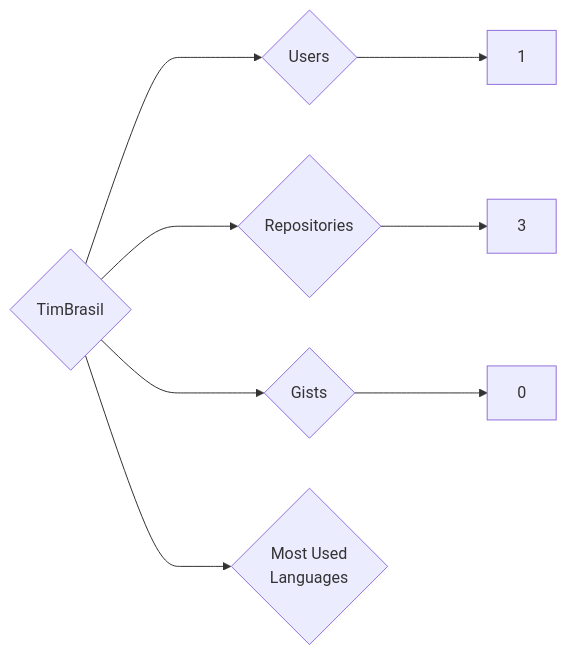
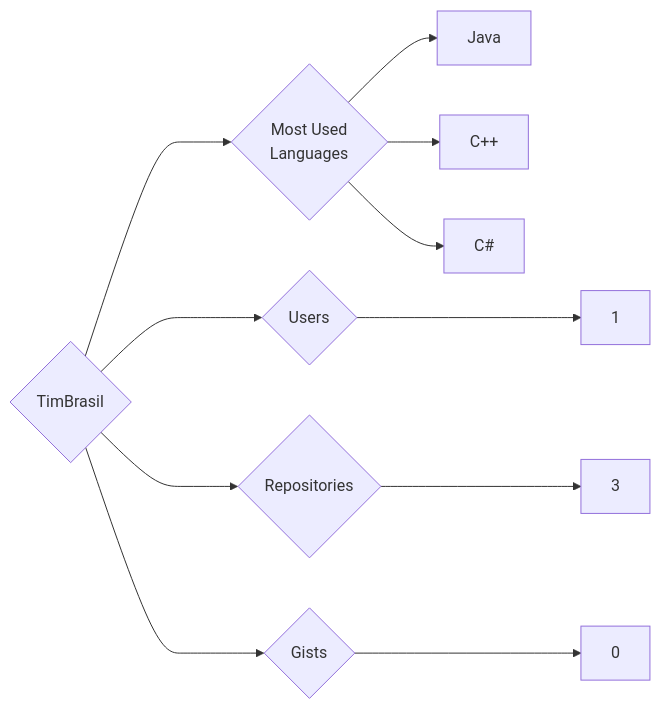
One commit to trickest/insiders changed the diagram in targets/TimBrasil/README.md. Above: the diagram before and after it, drawn with Mermaid. The commit also changed 597 other files, not shown here.

````diff
--- a/targets/TimBrasil/README.md
+++ b/targets/TimBrasil/README.md
@@ -3,8 +3,11 @@
 ```mermaid
 graph LR
 COMPANY_NAME{TimBrasil}
 COMPANY_NAME ---> U{Users} ---> UN[1]
 COMPANY_NAME ---> R{Repositories} ---> RN[3]
 COMPANY_NAME ---> G{Gists} ---> GN[0]
 COMPANY_NAME ---> ML{Most Used<br>Languages}
+ML --> Java[Java]
+ML --> C++[C++]
+ML --> C#[C#]
 ```
````
